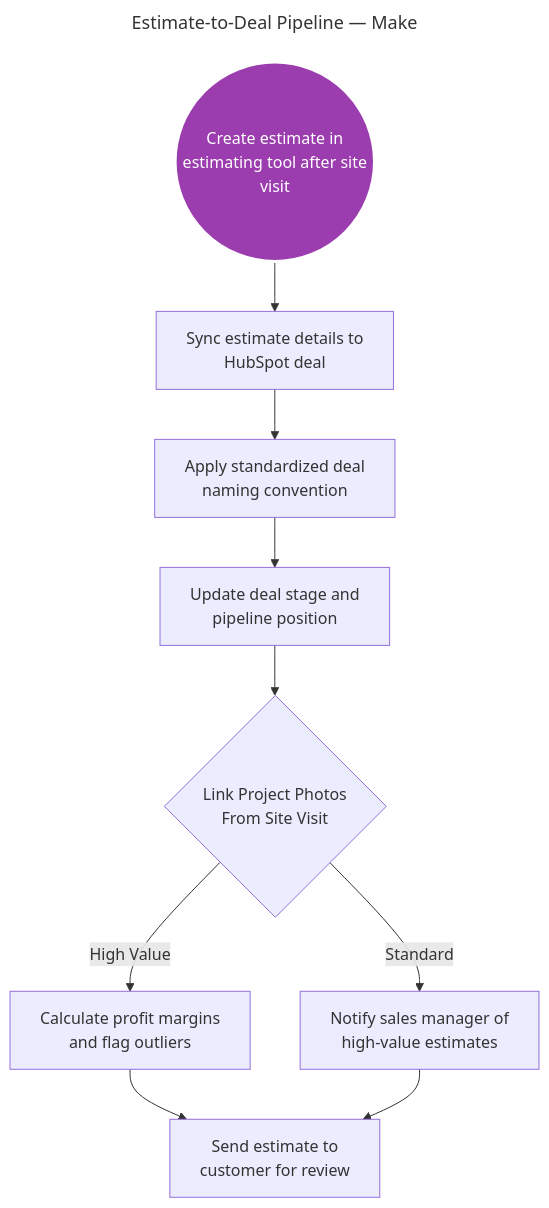
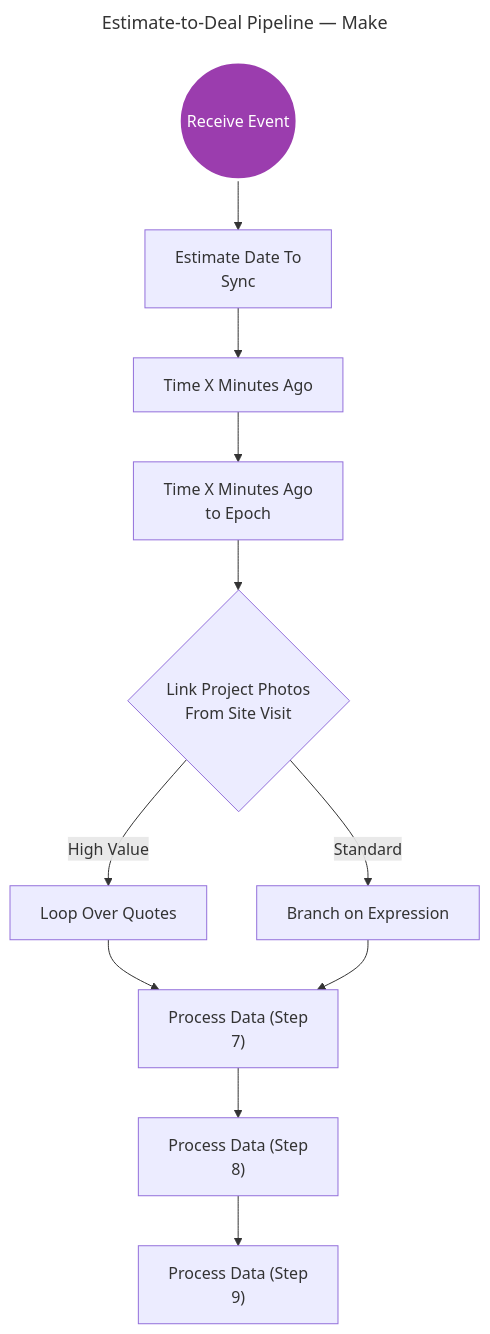
The diagram in linkedin-posts/_pipeline/mermaid/diagrams/estimate-to-deal-make.mmd (animaesuriens/home-service-os), drawn with Mermaid before and after one commit. The commit also changed 97 other files, not shown here.

First line of the commit message:
feat(15-02): update word count validation to 400-700, fix npm scripts, regenerate 42 diagrams

```diff
--- a/linkedin-posts/_pipeline/mermaid/diagrams/estimate-to-deal-make.mmd
+++ b/linkedin-posts/_pipeline/mermaid/diagrams/estimate-to-deal-make.mmd
@@ -1,23 +1,27 @@
 ---
 title: Estimate-to-Deal Pipeline — Make
 ---
 flowchart TD
-    A(("Create estimate in\nestimating tool after site\nvisit")):::trigger
-    B["Sync estimate details to\nHubSpot deal"]
-    C["Apply standardized deal\nnaming convention"]
-    D["Update deal stage and\npipeline position"]
+    A(("Receive Event")):::trigger
+    B["Estimate Date To\nSync"]
+    C["Time X Minutes Ago"]
+    D["Time X Minutes Ago\nto Epoch"]
     E{"Link Project Photos\nFrom Site Visit"}
-    F["Calculate profit margins\nand flag outliers"]
-    G["Notify sales manager of\nhigh-value estimates"]
-    H["Send estimate to\ncustomer for review"]
+    F["Loop Over Quotes"]
+    G["Branch on Expression"]
+    H["Process Data (Step\n7)"]
+    I["Process Data (Step\n8)"]
+    J["Process Data (Step\n9)"]
 
     A --> B
     B --> C
     C --> D
     D --> E
     E -->|High Value| F
     E -->|Standard| G
     F --> H
     G --> H
+    H --> I
+    I --> J
 
     classDef trigger fill:#9b3dae,stroke:#fff,stroke-width:3px,color:#fff
```
